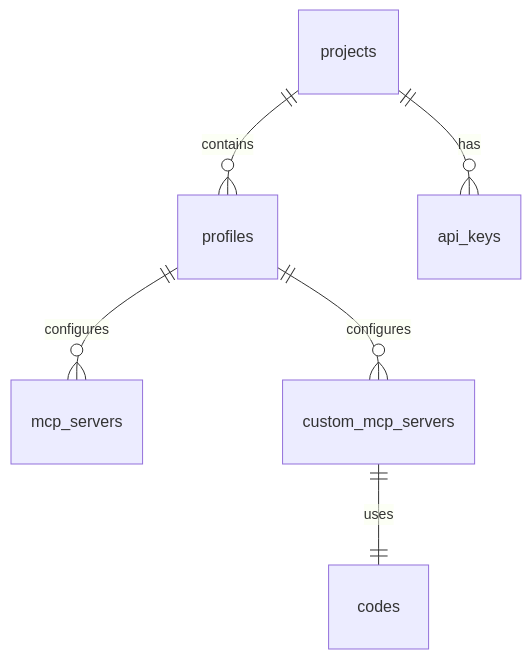
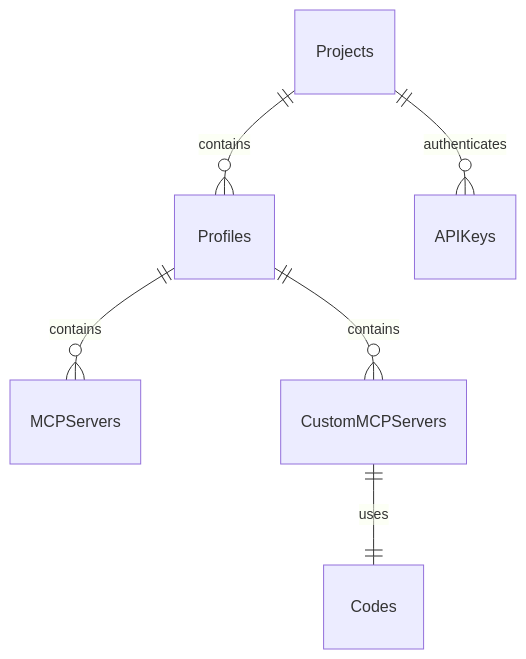
The second of 4 diagrams in memory-bank/systemPatterns.md (VeriTeknik/pluggedin-app), drawn with Mermaid before and after one commit. The commit also changed other lines of this file and 4 other files, not shown here.

````diff
--- a/memory-bank/systemPatterns.md
+++ b/memory-bank/systemPatterns.md
@@ -61,8 +42,8 @@
 ```mermaid
 erDiagram
-    projects ||--o{ profiles : contains
-    profiles ||--o{ mcp_servers : configures
-    projects ||--o{ api_keys : has
-    profiles ||--o{ custom_mcp_servers : configures
-    custom_mcp_servers ||--|| codes : uses
+    Projects ||--o{ Profiles : contains
+    Profiles ||--o{ MCPServers : contains
+    Projects ||--o{ APIKeys : authenticates
+    Profiles ||--o{ CustomMCPServers : contains
+    CustomMCPServers ||--|| Codes : uses
 ```
````
